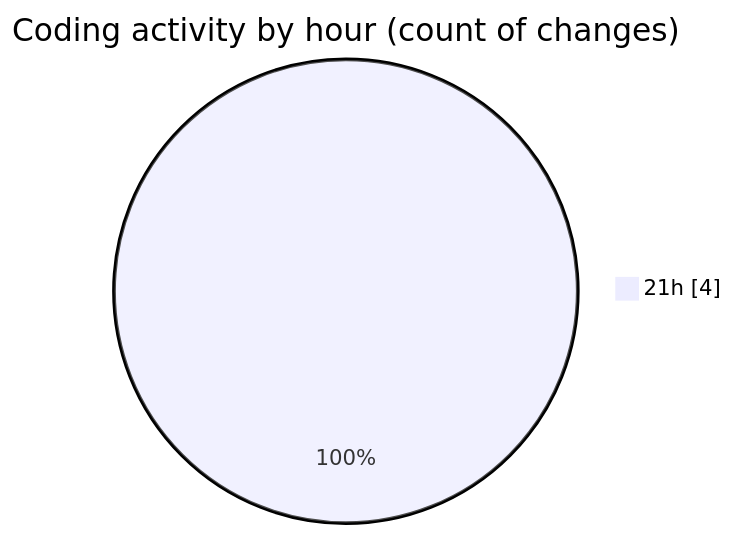
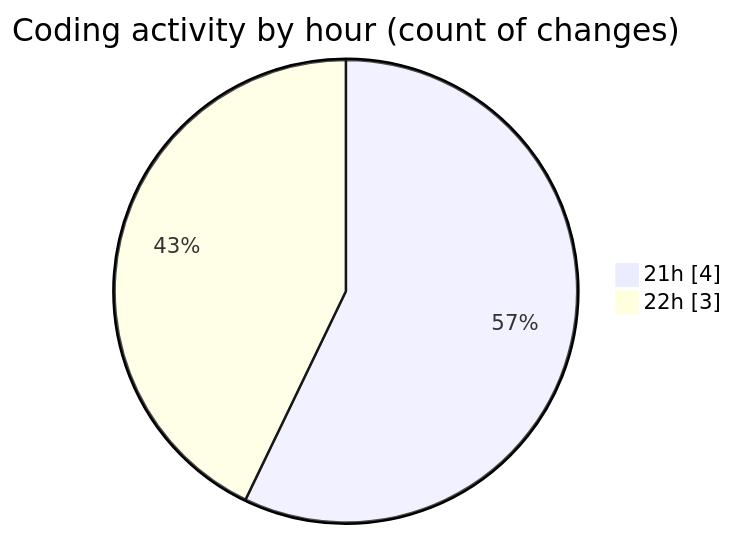
Before and after one commit to yexinjia/code-tracking: the second of 2 diagrams in 2026-07-31/mono-test/README.md, drawn with Mermaid. The commit also changed other lines of this file and 1 other file, not shown here.

````diff
--- a/2026-07-31/mono-test/README.md
+++ b/2026-07-31/mono-test/README.md
@@ -30,5 +30,6 @@
 ```mermaid
 pie showData
 title Coding activity by hour (count of changes)
 "21h" : 4
+"22h" : 3
 ```
````
